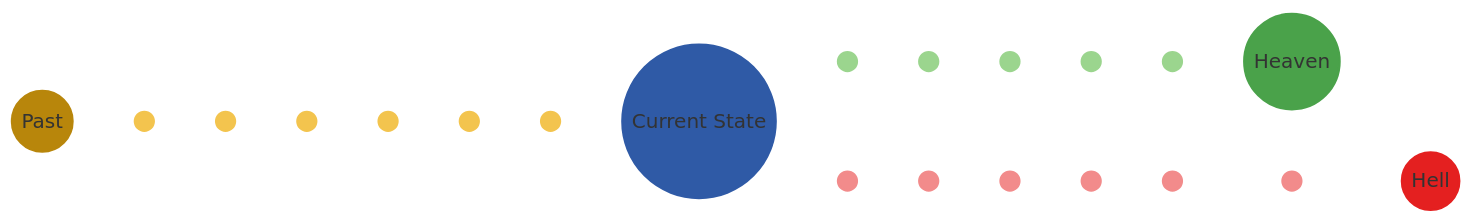
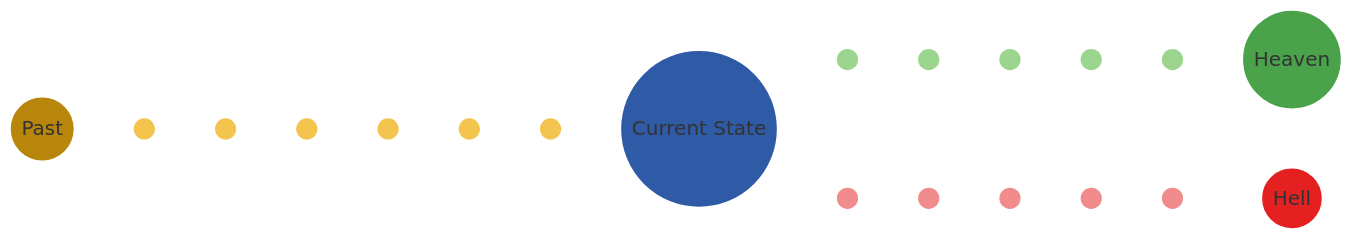
Before and after one commit to cogneon/lernos-for-you: the diagram in de/src/2-0-Lernpfade.md, drawn with Mermaid.

Commit message:
Mermaidgraph for Past Forward visual To provide a visual for easier recognizion and understanding.

````diff
--- a/de/src/2-0-Lernpfade.md
+++ b/de/src/2-0-Lernpfade.md
@@ -34,53 +34,52 @@
 ```mermaid
 flowchart LR
   %% Layout direction
   %% PAST (left) -> CURRENT (center) -> split UP (green) and DOWN (red)
   
   %% PAST path to CURRENT
   P0((Past)):::pastBig
   P1(( )):::pastSmall
   P2(( )):::pastSmall
   P3(( )):::pastSmall
   P4(( )):::pastSmall
   P5(( )):::pastSmall
   P6(( )):::pastSmall
   
   CS((Current State)):::currentBig
   
   %% UP path to HEAVEN
   U1(( )):::upSmall
   U2(( )):::upSmall
   U3(( )):::upSmall
   U4(( )):::upSmall
   U5(( )):::upSmall
   HV((Heaven)):::upBig
   
   %% DOWN path to HELL
   D1(( )):::downSmall
   D2(( )):::downSmall
   D3(( )):::downSmall
   D4(( )):::downSmall
   D5(( )):::downSmall
-  D6(( )):::downSmall
   HL((Hell)):::downBig
 
   %% --- Edges ---
   P0 ~~~ P1 ~~~ P2 ~~~ P3 ~~~ P4 ~~~ P5 ~~~ P6 ~~~ CS
   CS ~~~ U1 ~~~ U2 ~~~ U3 ~~~ U4 ~~~ U5 ~~~ HV
-  CS ~~~ D1 ~~~ D2 ~~~ D3 ~~~ D4 ~~~ D5 ~~~ D6 ~~~ HL
+  CS ~~~ D1 ~~~ D2 ~~~ D3 ~~~ D4 ~~~ D5 ~~~ HL
 
   %% --- Styles ---
   classDef pastBig fill:#b8860b,stroke:#b8860b,stroke-width:2px;
   classDef pastSmall fill:#f3c44e,stroke:#f3c44e,stroke-width:2px;
 
   classDef currentBig fill:#2f5aa6,stroke:#2f5aa6,stroke-width:2px;
 
   classDef transSmall fill:#cfe7c7,stroke:#cfe7c7,stroke-width:2px;
   classDef transDotted fill:#cfe7c7,stroke:#6abf4b,stroke-width:2px,stroke-dasharray:5 5;
 
   classDef upSmall fill:#9bd58e,stroke:#9bd58e,stroke-width:2px;
   classDef upBig fill:#4aa24a,stroke:#4aa24a,stroke-width:2px;
 
   classDef downSmall fill:#f28b8b,stroke:#f28b8b,stroke-width:2px;
   classDef downBig fill:#e42020,stroke:#e42020,stroke-width:2px;
 ```
````
